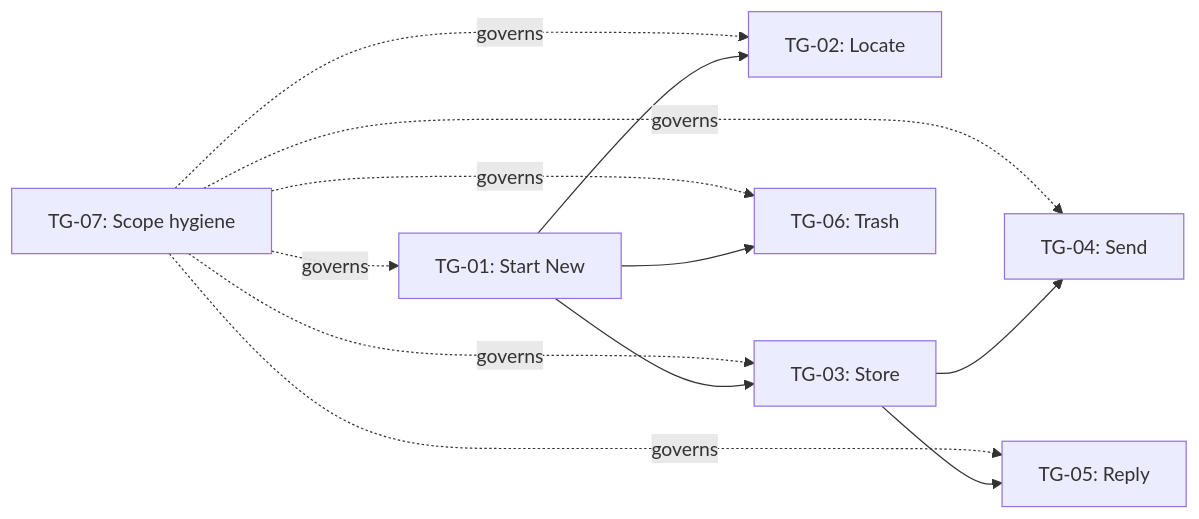
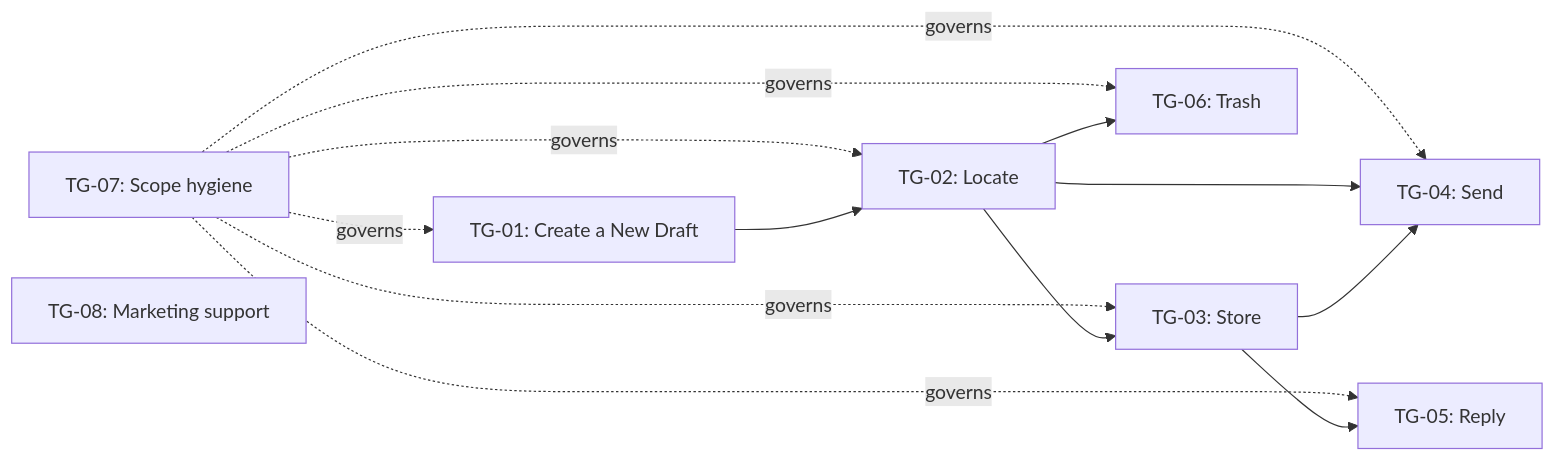
One commit to mattlane66/Implementation-Planner-And-Tracker changed the diagram in examples/shapeup-message-drafts/implementation-plan.md. Above: the diagram before and after it, drawn with Mermaid. The commit also changed other lines of this file, not shown here.

````diff
--- a/examples/shapeup-message-drafts/implementation-plan.md
+++ b/examples/shapeup-message-drafts/implementation-plan.md
@@ -192,14 +212,16 @@
 ```mermaid
 flowchart LR
-  TG07["TG-07: Scope hygiene"] -. governs .-> TG01["TG-01: Start New"]
+  TG07["TG-07: Scope hygiene"] -. governs .-> TG01["TG-01: Create a New Draft"]
   TG07 -. governs .-> TG02["TG-02: Locate"]
   TG07 -. governs .-> TG03["TG-03: Store"]
   TG07 -. governs .-> TG04["TG-04: Send"]
   TG07 -. governs .-> TG05["TG-05: Reply"]
   TG07 -. governs .-> TG06["TG-06: Trash"]
   TG01 --> TG02
-  TG01 --> TG03
-  TG01 --> TG06
+  TG02 --> TG04
+  TG02 --> TG06
+  TG02 --> TG03
+  TG03 --> TG05
   TG03 --> TG04
-  TG03 --> TG05
+  TG08["TG-08: Marketing support"]
 ```
````
